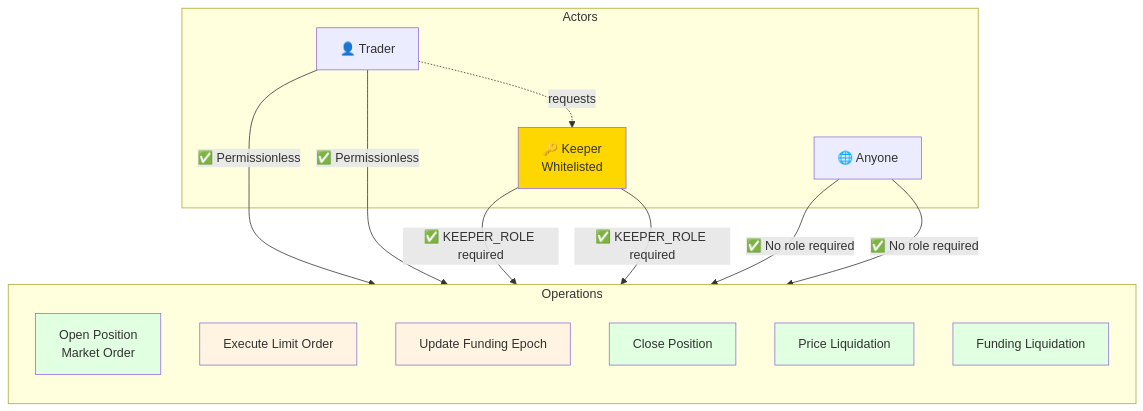
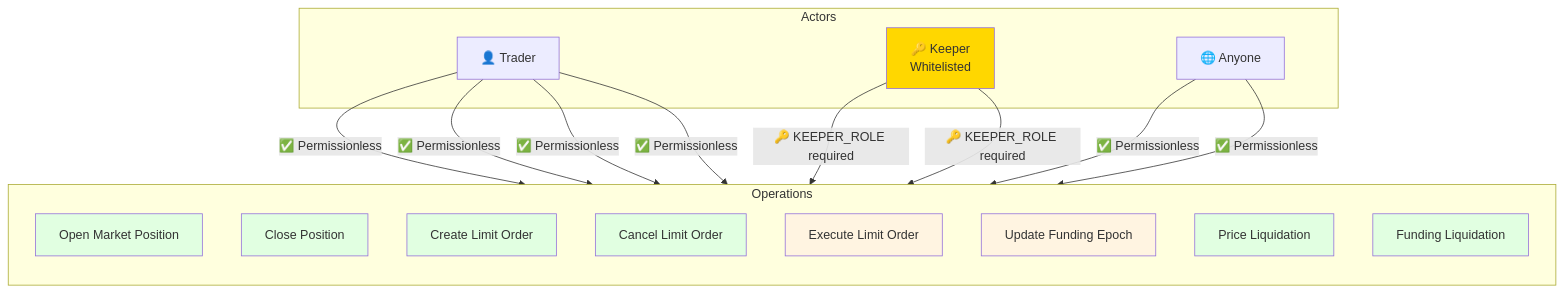
Before and after one commit to avasnap/tradestaprotocol: the first of 2 diagrams in README.md, drawn with Mermaid. The commit also changed other lines of this file, not shown here.

Commit message:
Add limit order creation/cancellation to permissionless operations
Completed the permission model diagram:
- Traders can CREATE limit orders (permissionless)
- Traders can CANCEL limit orders (permissionless)
- Only EXECUTION of limit orders requires keepers

Keepers are order matchers - they watch limit orders and execute them
when price conditions are met. But traders control order creation and
cancellation directly.

This makes the protocol even more decentralized than the previous
diagram showed.

🤖 Generated with [Claude Code](https://claude.com/claude-code)

````diff
--- a/README.md
+++ b/README.md
@@ -65,36 +65,41 @@
 ```mermaid
 graph TB
     subgraph Actors
         Trader[👤 Trader]
         Keeper[🔑 Keeper<br/>Whitelisted]
         Anyone[🌐 Anyone]
     end
 
     subgraph "Operations"
         direction TB
-        CreatePos[Open Position<br/>Market Order]
+        CreatePos[Open Market Position]
+        ClosePos[Close Position]
+        CreateOrder[Create Limit Order]
+        CancelOrder[Cancel Limit Order]
         ExecOrder[Execute Limit Order]
         UpdateFunding[Update Funding Epoch]
-        ClosePos[Close Position]
         PriceLiq[Price Liquidation]
         FundingLiq[Funding Liquidation]
     end
 
     Trader -->|✅ Permissionless| CreatePos
     Trader -->|✅ Permissionless| ClosePos
-    Trader -.requests.-> Keeper
+    Trader -->|✅ Permissionless| CreateOrder
+    Trader -->|✅ Permissionless| CancelOrder
 
-    Keeper -->|✅ KEEPER_ROLE required| ExecOrder
-    Keeper -->|✅ KEEPER_ROLE required| UpdateFunding
+    Keeper -->|🔑 KEEPER_ROLE required| ExecOrder
+    Keeper -->|🔑 KEEPER_ROLE required| UpdateFunding
 
-    Anyone -->|✅ No role required| PriceLiq
-    Anyone -->|✅ No role required| FundingLiq
+    Anyone -->|✅ Permissionless| PriceLiq
+    Anyone -->|✅ Permissionless| FundingLiq
 
     style CreatePos fill:#e1ffe1
     style ClosePos fill:#e1ffe1
+    style CreateOrder fill:#e1ffe1
+    style CancelOrder fill:#e1ffe1
     style ExecOrder fill:#fff4e1
     style UpdateFunding fill:#fff4e1
     style PriceLiq fill:#e1ffe1
     style FundingLiq fill:#e1ffe1
     style Keeper fill:#ffd700
 ```
````
